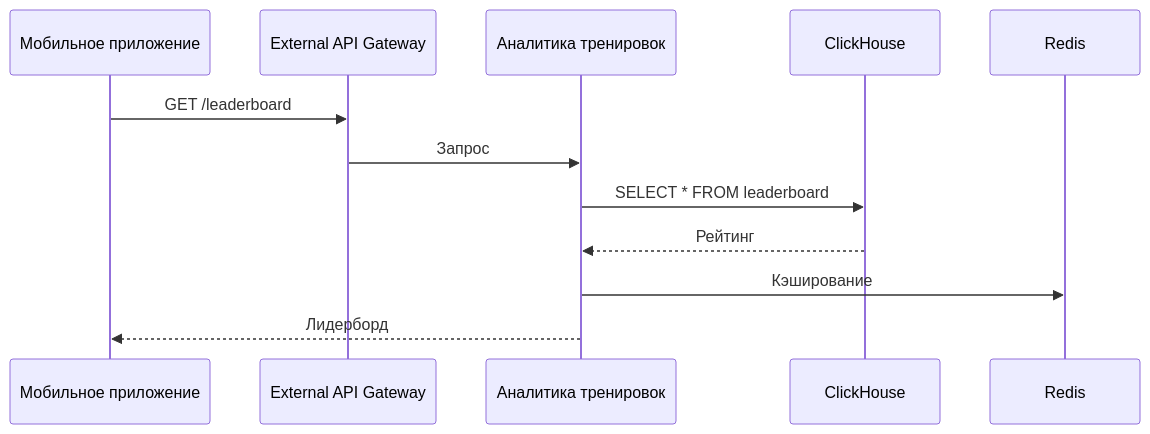
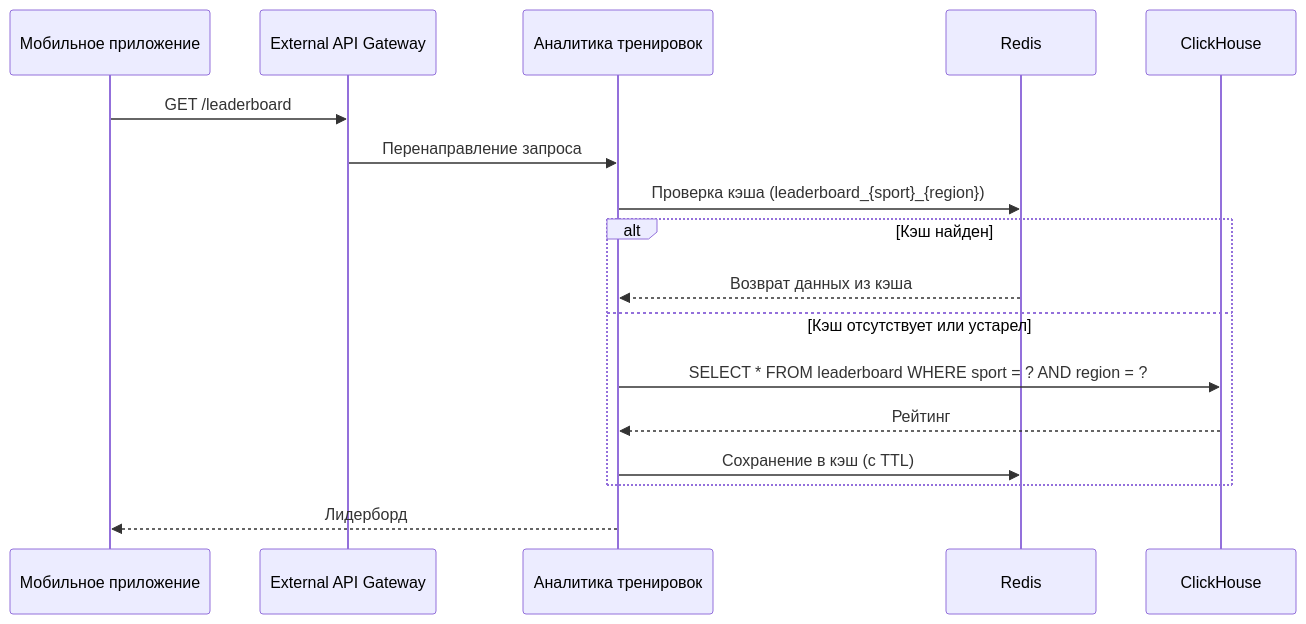
One commit to andreyantropov/architect-coursework changed the diagram in architecture/application-usage-scenarios/leaderboard-viewing.md. Above: the diagram before and after it, drawn with Mermaid. The commit also changed other lines of this file and 4 other files, not shown here.

````diff
--- a/architecture/application-usage-scenarios/leaderboard-viewing.md
+++ b/architecture/application-usage-scenarios/leaderboard-viewing.md
@@ -3,15 +3,20 @@
 ```mermaid
 sequenceDiagram
     participant M as Мобильное приложение
     participant A as External API Gateway
     participant TA as Аналитика тренировок
+    participant C as Redis
     participant CH as ClickHouse
-    participant C as Redis
 
     M->>A: GET /leaderboard
-    A->>TA: Запрос
-    TA->>CH: SELECT * FROM leaderboard
-    CH-->>TA: Рейтинг
-    TA->>C: Кэширование
+    A->>TA: Перенаправление запроса
+    TA->>C: Проверка кэша (leaderboard_{sport}_{region})
+    alt Кэш найден
+        C-->>TA: Возврат данных из кэша
+    else Кэш отсутствует или устарел
+        TA->>CH: SELECT * FROM leaderboard WHERE sport = ? AND region = ?
+        CH-->>TA: Рейтинг
+        TA->>C: Сохранение в кэш (с TTL)
+    end
     TA-->>M: Лидерборд
 ```
````
